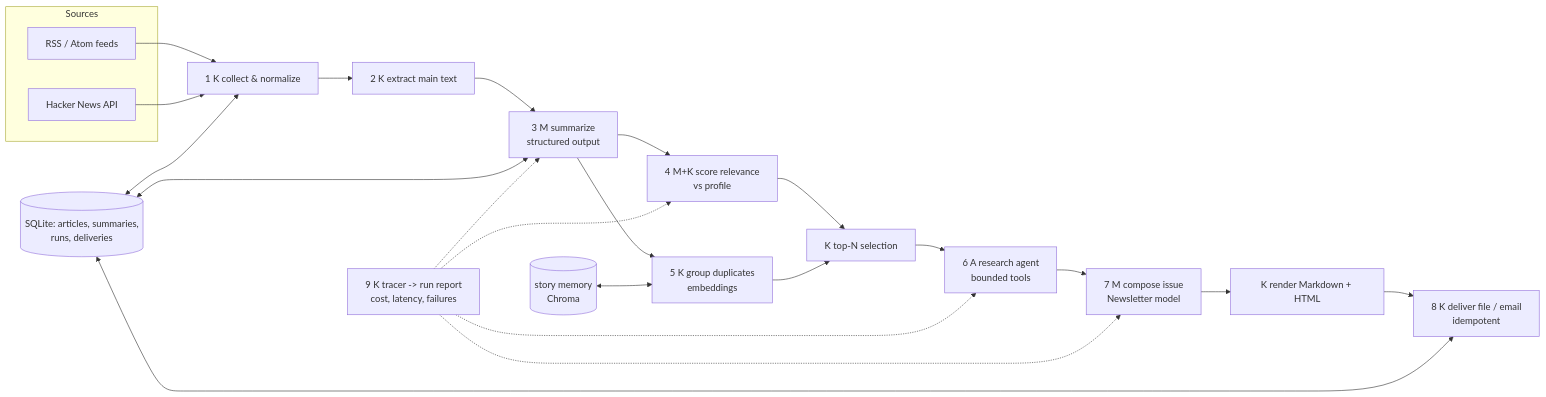
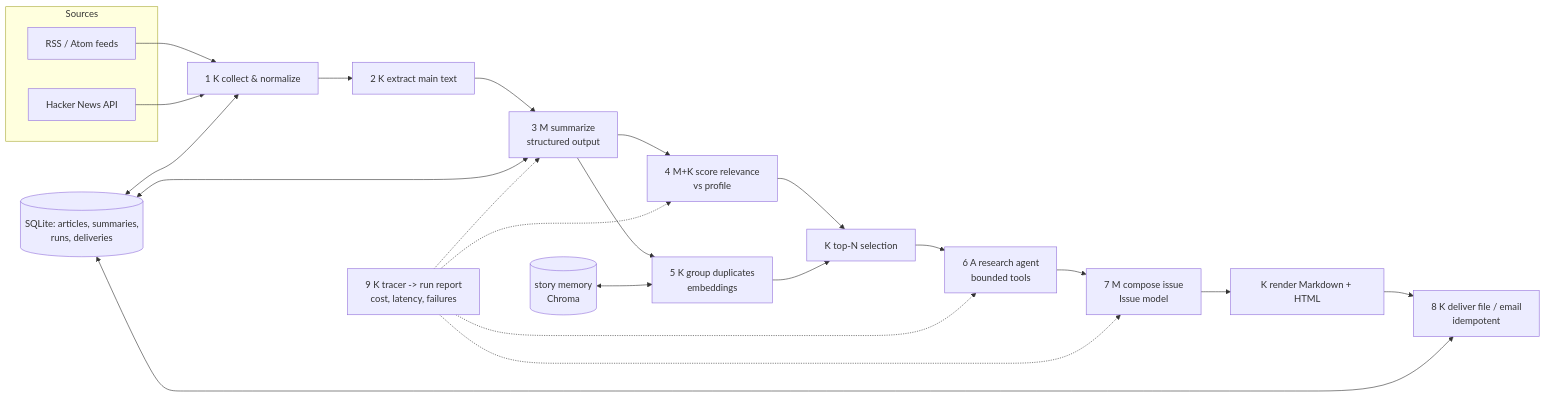
Before and after one commit to NogaMorag/ai-engineering-course: the diagram in book/30-project-spec-and-architecture.md, drawn with Mermaid. The commit also changed other lines of this file and 223 other files, not shown here.

````diff
--- a/book/30-project-spec-and-architecture.md
+++ b/book/30-project-spec-and-architecture.md
@@ -100,27 +130,27 @@
 ```mermaid
 flowchart LR
   subgraph Sources
     RSS[RSS / Atom feeds]
     HN[Hacker News API]
   end
   RSS --> C[1 K collect & normalize]
   HN --> C
   C --> X[2 K extract main text]
   X --> S[3 M summarize<br/>structured output]
   S --> R[4 M+K score relevance<br/>vs profile]
   S --> G[5 K group duplicates<br/>embeddings]
   M[(story memory<br/>Chroma)] <--> G
   R --> T[K top-N selection]
   G --> T
   T --> A[6 A research agent<br/>bounded tools]
-  A --> P[7 M compose issue<br/>Newsletter model]
+  A --> P[7 M compose issue<br/>Issue model]
   P --> V[K render Markdown + HTML]
   V --> D[8 K deliver file / email<br/>idempotent]
   DB[(SQLite: articles, summaries,<br/>runs, deliveries)] <--> C
   DB <--> S
   DB <--> D
   TR[9 K tracer -> run report<br/>cost, latency, failures] -.-> S
   TR -.-> R
   TR -.-> A
   TR -.-> P
 ```
````
